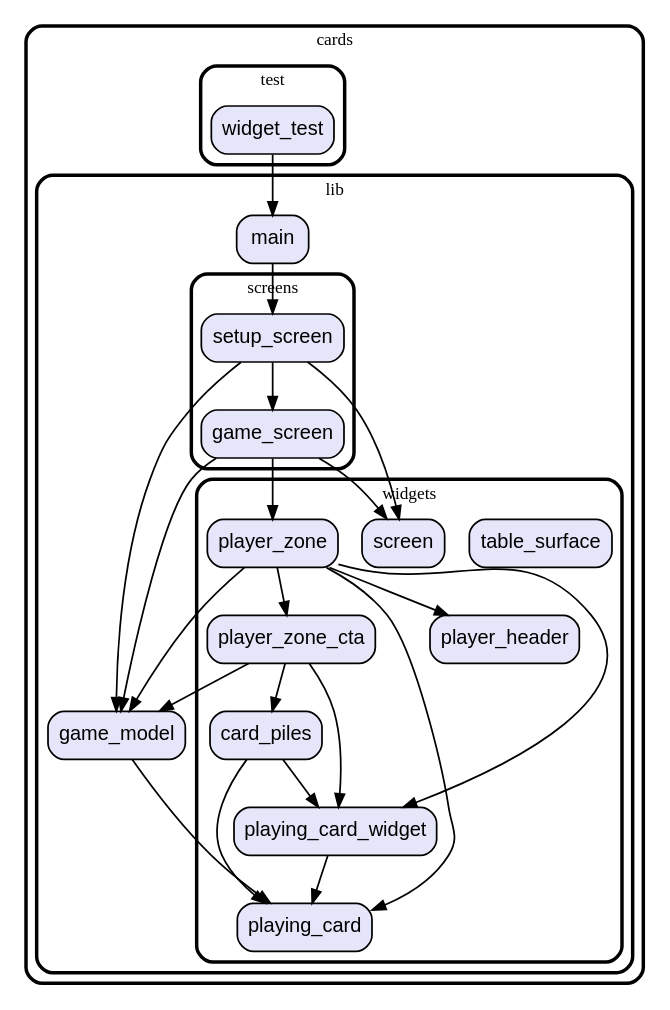
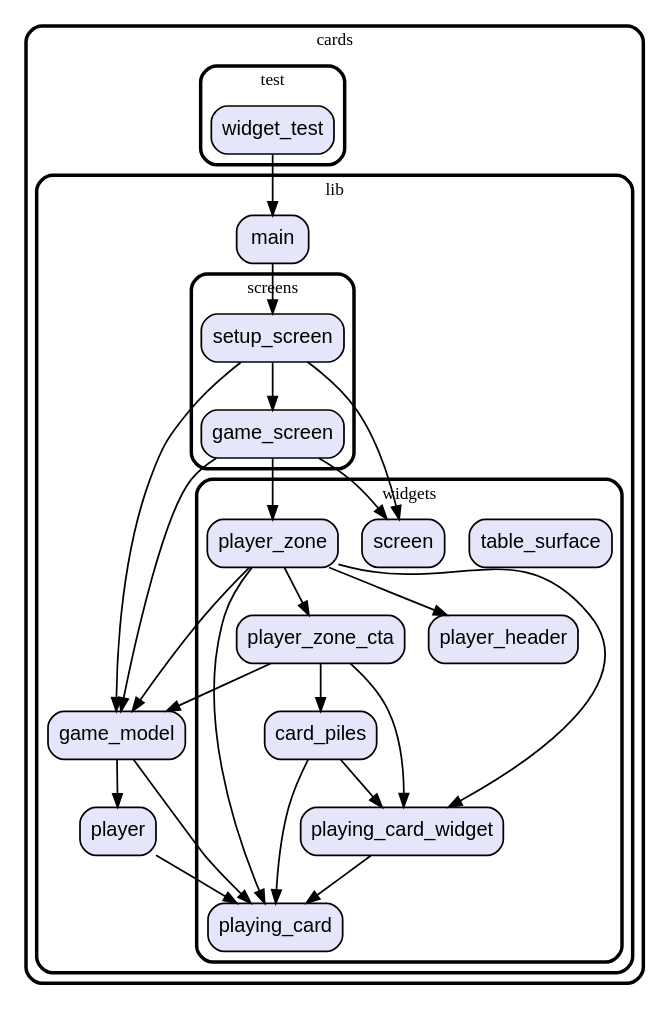
Before and after one commit to vteam-com/Cards: the diagram in graph.dot, drawn with Graphviz. The commit also changed 6 other files, not shown here.

```diff
--- a/graph.dot
+++ b/graph.dot
@@ -1,66 +1,70 @@
 digraph "" {
   graph [style=rounded fontname="Arial Black" fontsize=13 penwidth=2.6];
   node [shape=rect style="filled,rounded" fontname=Arial fontsize=15 fillcolor=Lavender penwidth=1.3];
   edge [penwidth=1.3];
   "/test/widget_test.dart" [label="widget_test"];
   "/lib/game_model.dart" [label="game_model"];
   "/lib/screens/game_screen.dart" [label="game_screen"];
   "/lib/screens/setup_screen.dart" [label="setup_screen"];
   "/lib/main.dart" [label="main"];
+  "/lib/player.dart" [label="player"];
   "/lib/widgets/playing_card_widget.dart" [label="playing_card_widget"];
   "/lib/widgets/table_surface.dart" [label="table_surface"];
   "/lib/widgets/player_zone.dart" [label="player_zone"];
   "/lib/widgets/playing_card.dart" [label="playing_card"];
   "/lib/widgets/card_piles.dart" [label="card_piles"];
   "/lib/widgets/player_zone_cta.dart" [label="player_zone_cta"];
   "/lib/widgets/screen.dart" [label="screen"];
   "/lib/widgets/player_header.dart" [label="player_header"];
   subgraph "cluster~" {
     label="cards";
     subgraph "cluster~/test" {
       label="test";
       "/test/widget_test.dart";
     }
     subgraph "cluster~/lib" {
       label="lib";
       "/lib/game_model.dart";
       "/lib/main.dart";
+      "/lib/player.dart";
       subgraph "cluster~/lib/screens" {
         label="screens";
         "/lib/screens/game_screen.dart";
         "/lib/screens/setup_screen.dart";
       }
       subgraph "cluster~/lib/widgets" {
         label="widgets";
         "/lib/widgets/playing_card_widget.dart";
         "/lib/widgets/table_surface.dart";
         "/lib/widgets/player_zone.dart";
         "/lib/widgets/playing_card.dart";
         "/lib/widgets/card_piles.dart";
         "/lib/widgets/player_zone_cta.dart";
         "/lib/widgets/screen.dart";
         "/lib/widgets/player_header.dart";
       }
     }
   }
   "/test/widget_test.dart" -> "/lib/main.dart";
+  "/lib/game_model.dart" -> "/lib/player.dart";
   "/lib/game_model.dart" -> "/lib/widgets/playing_card.dart";
   "/lib/screens/game_screen.dart" -> "/lib/widgets/player_zone.dart";
   "/lib/screens/game_screen.dart" -> "/lib/widgets/screen.dart";
   "/lib/screens/game_screen.dart" -> "/lib/game_model.dart";
   "/lib/screens/setup_screen.dart" -> "/lib/game_model.dart";
   "/lib/screens/setup_screen.dart" -> "/lib/screens/game_screen.dart";
   "/lib/screens/setup_screen.dart" -> "/lib/widgets/screen.dart";
   "/lib/main.dart" -> "/lib/screens/setup_screen.dart";
+  "/lib/player.dart" -> "/lib/widgets/playing_card.dart";
   "/lib/widgets/playing_card_widget.dart" -> "/lib/widgets/playing_card.dart";
   "/lib/widgets/player_zone.dart" -> "/lib/game_model.dart";
   "/lib/widgets/player_zone.dart" -> "/lib/widgets/player_header.dart";
   "/lib/widgets/player_zone.dart" -> "/lib/widgets/player_zone_cta.dart";
   "/lib/widgets/player_zone.dart" -> "/lib/widgets/playing_card.dart";
   "/lib/widgets/player_zone.dart" -> "/lib/widgets/playing_card_widget.dart";
   "/lib/widgets/card_piles.dart" -> "/lib/widgets/playing_card.dart";
   "/lib/widgets/card_piles.dart" -> "/lib/widgets/playing_card_widget.dart";
   "/lib/widgets/player_zone_cta.dart" -> "/lib/game_model.dart";
   "/lib/widgets/player_zone_cta.dart" -> "/lib/widgets/card_piles.dart";
   "/lib/widgets/player_zone_cta.dart" -> "/lib/widgets/playing_card_widget.dart";
 }
```
